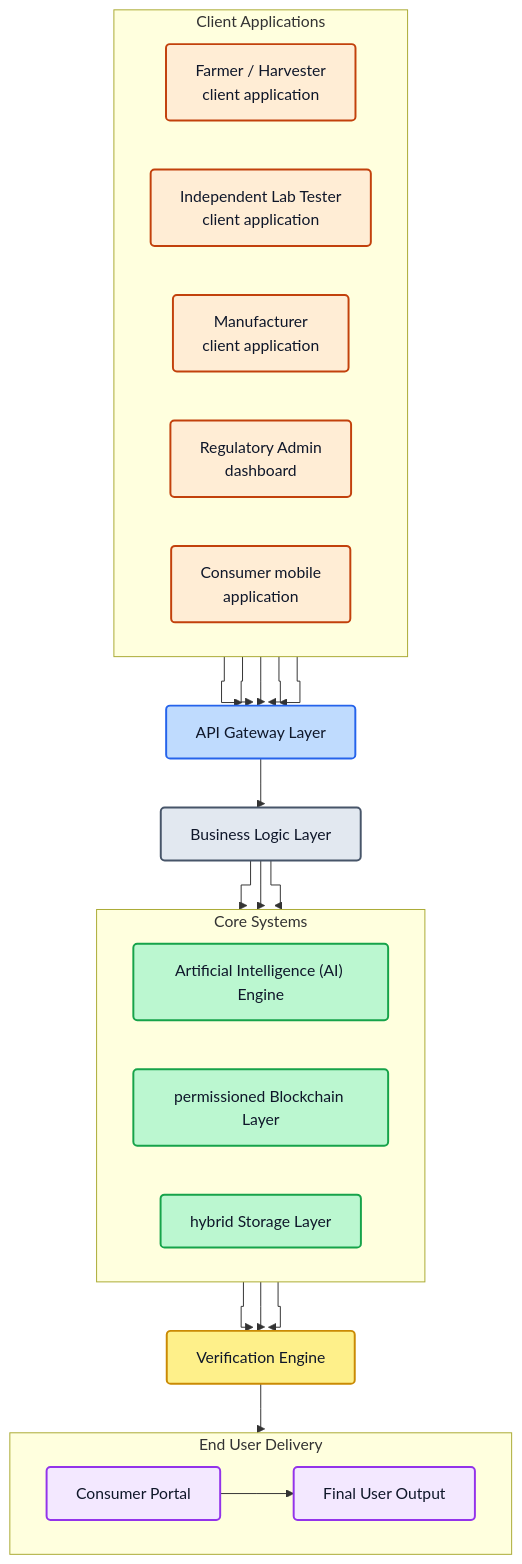
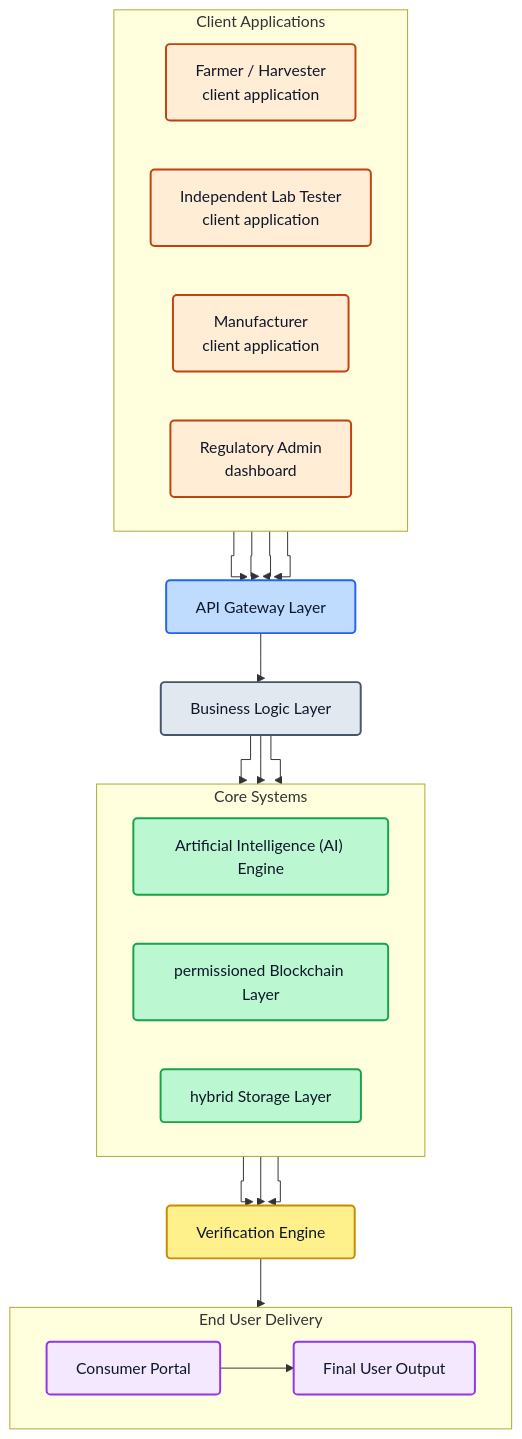
Before and after one commit to Shravanis30/BotaniLedger: the first of 3 diagrams in README.md, drawn with Mermaid.

Commit message:
docs: remove consumer mobile app from architecture block diagram

````diff
--- a/README.md
+++ b/README.md
@@ -40,68 +40,66 @@
 ```mermaid
 flowchart TD
     %% Block Diagram Routing
     %%{init: {'flowchart': {'curve': 'stepBefore'}}}%%
 
     subgraph Clients ["Client Applications"]
         direction LR
         Farmer["Farmer / Harvester<br/>client application"]
         Lab["Independent Lab Tester<br/>client application"]
         Mfg["Manufacturer<br/>client application"]
         Admin["Regulatory Admin<br/>dashboard"]
-        Mobile["Consumer mobile<br/>application"]
     end
 
     Gateway["API Gateway Layer"]
     Business["Business Logic Layer"]
 
     subgraph Core ["Core Systems"]
         direction LR
         AI["Artificial Intelligence (AI) Engine"]
         BC["permissioned Blockchain Layer"]
         Storage["hybrid Storage Layer"]
     end
 
     Verify["Verification Engine"]
     
     subgraph OutputLayer ["End User Delivery"]
         direction LR
         Portal["Consumer Portal"]
         FinalOut["Final User Output"]
     end
 
     %% Connections
     Farmer --> Gateway
     Lab --> Gateway
     Mfg --> Gateway
     Admin --> Gateway
-    Mobile --> Gateway
 
     Gateway --> Business
 
     Business --> AI
     Business --> BC
     Business --> Storage
 
     AI --> Verify
     BC --> Verify
     Storage --> Verify
 
     Verify --> Portal
     Portal --> FinalOut
 
     %% Styling
     classDef default fill:#f8fafc,stroke:#94a3b8,stroke-width:2px,color:#0f172a,rx:4px,ry:4px;
     classDef gateway fill:#bfdbfe,stroke:#2563eb,stroke-width:2px;
     classDef logic fill:#e2e8f0,stroke:#475569,stroke-width:2px;
     classDef core fill:#bbf7d0,stroke:#16a34a,stroke-width:2px;
     classDef verify fill:#fef08a,stroke:#ca8a04,stroke-width:2px;
     classDef client fill:#ffedd5,stroke:#c2410c,stroke-width:2px;
     classDef delivery fill:#f3e8ff,stroke:#9333ea,stroke-width:2px;
 
-    class Farmer,Lab,Mfg,Admin,Mobile client;
+    class Farmer,Lab,Mfg,Admin client;
     class Gateway gateway;
     class Business logic;
     class AI,BC,Storage core;
     class Verify verify;
     class Portal,FinalOut delivery;
 ```
````
